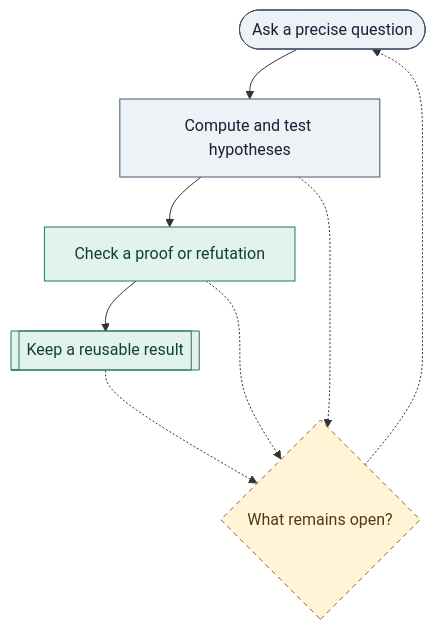
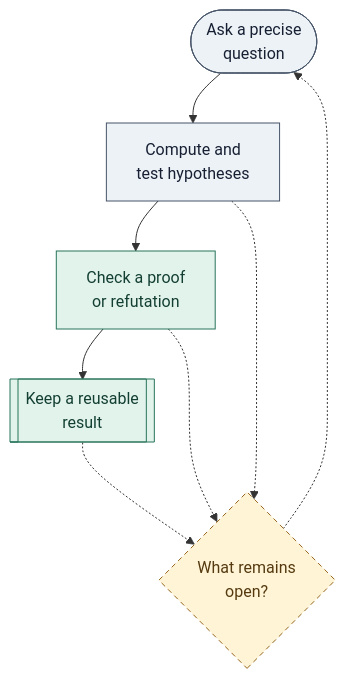
Before and after one commit to the-omega-institute/trureturing: the diagram in README.md, drawn with Mermaid.

Commit message:
docs: wrap method diagram labels for narrow screens

````diff
--- a/README.md
+++ b/README.md
@@ -88,18 +88,18 @@
 ```mermaid
 flowchart TD
     accTitle: From inquiry to reusable knowledge and the next question
     accDescr: Ask a question, test hypotheses, check a proof or refutation, and keep a reusable result. Dashed paths return unresolved questions from testing, proof checking or results to the next inquiry.
-    Q([Ask a precise question]) --> T[Compute and test hypotheses]
-    T --> P[Check a proof or refutation]
-    P --> R[[Keep a reusable result]]
-    R -.-> N{What remains open?}
+    Q(["Ask a precise<br/>question"]) --> T["Compute and<br/>test hypotheses"]
+    T --> P["Check a proof<br/>or refutation"]
+    P --> R[["Keep a reusable<br/>result"]]
+    R -.-> N{"What remains<br/>open?"}
     T -.-> N
     P -.-> N
     N -.-> Q
     classDef foundation fill:#edf2f7,stroke:#475569,color:#172033
     classDef proved fill:#e2f3ec,stroke:#28745b,color:#133f32
     classDef frontier fill:#fff4d6,stroke:#95651b,color:#553a10,stroke-dasharray:5 4
     class Q,T foundation
     class P,R proved
     class N frontier
 ```
````
